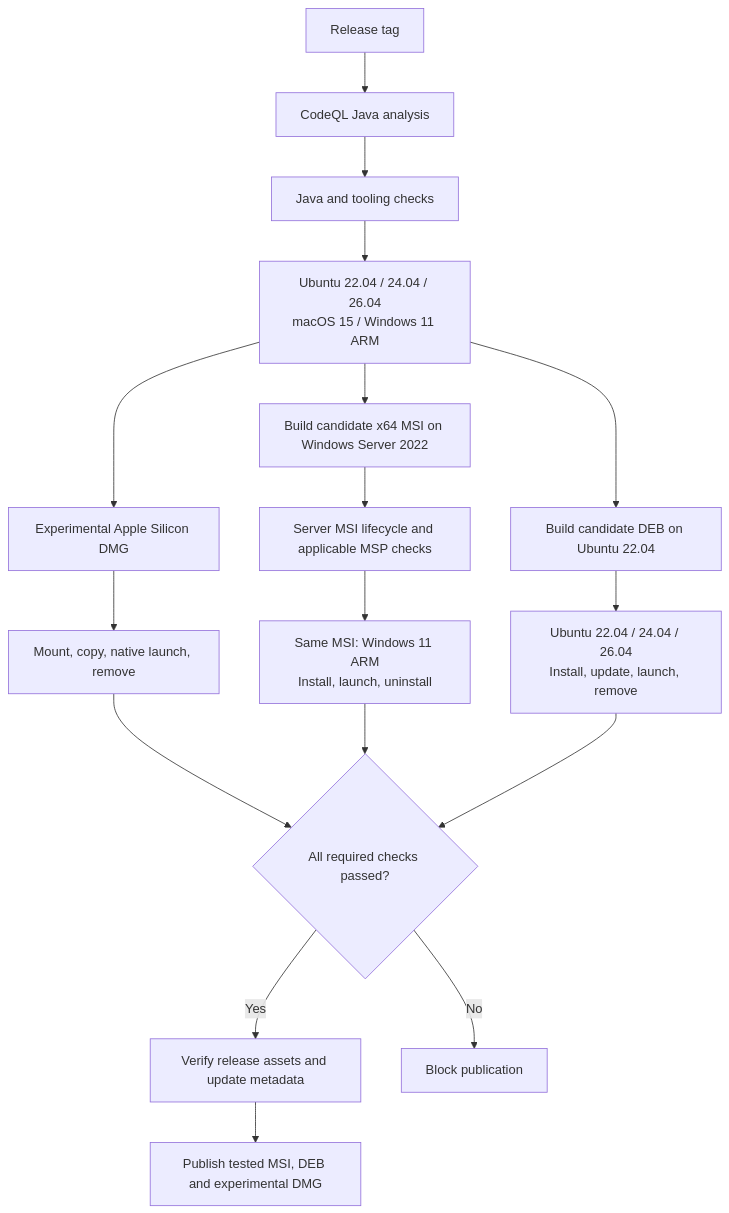
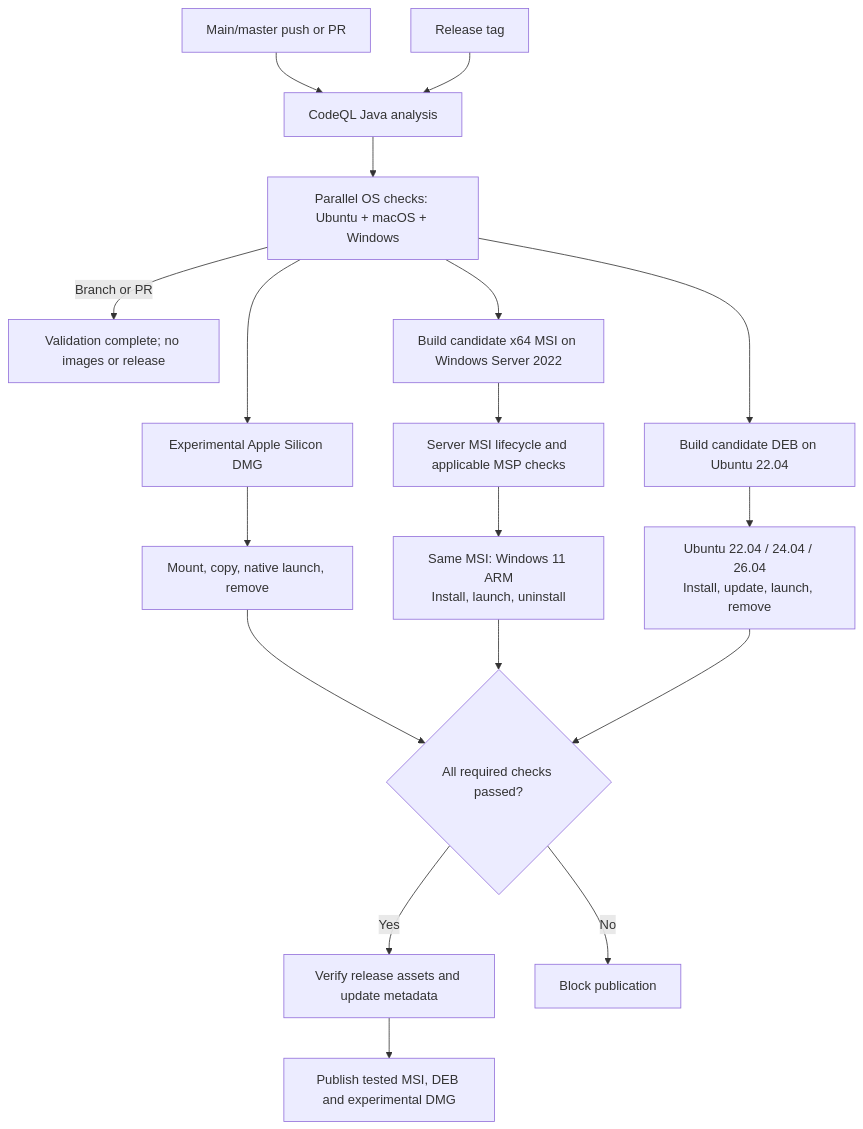
The diagram in docs/development/build/packaging.md (mgarcia01752/oscar-ui), drawn with Mermaid before and after one commit. The commit also changed other lines of this file and 11 other files, not shown here.

````diff
--- a/docs/development/build/packaging.md
+++ b/docs/development/build/packaging.md
@@ -431,19 +439,20 @@
 ```mermaid
 flowchart TD
-    Tag[Release tag] --> Security[CodeQL Java analysis]
-    Security --> CI[Java and tooling checks]
-    CI --> Platforms[Ubuntu 22.04 / 24.04 / 26.04<br/>macOS 15 / Windows 11 ARM]
+    Branch[Main/master push or PR] --> Security[CodeQL Java analysis]
+    Tag[Release tag] --> Security
+    Security --> Platforms[Parallel OS checks: Ubuntu + macOS + Windows]
+    Platforms -->|Branch or PR| Done[Validation complete; no images or release]
     Platforms --> MSI[Build candidate x64 MSI on Windows Server 2022]
     Platforms --> DEB[Build candidate DEB on Ubuntu 22.04]
     Platforms --> Mac[Experimental Apple Silicon DMG]
     Mac --> MacTest[Mount, copy, native launch, remove]
     MacTest --> Gate
     MSI --> Server[Server MSI lifecycle and applicable MSP checks]
     Server --> Win11[Same MSI: Windows 11 ARM<br/>Install, launch, uninstall]
     DEB --> Ubuntu[Ubuntu 22.04 / 24.04 / 26.04<br/>Install, update, launch, remove]
     Win11 --> Gate{All required checks passed?}
     Ubuntu --> Gate
     Gate -->|Yes| Verify[Verify release assets and update metadata]
     Verify --> Publish[Publish tested MSI, DEB and experimental DMG]
     Gate -->|No| Stop[Block publication]
 ```
````
